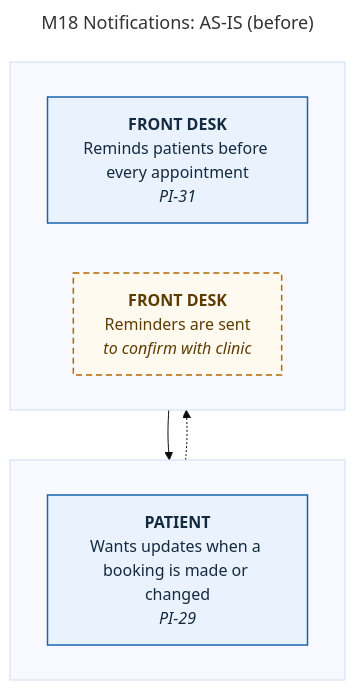
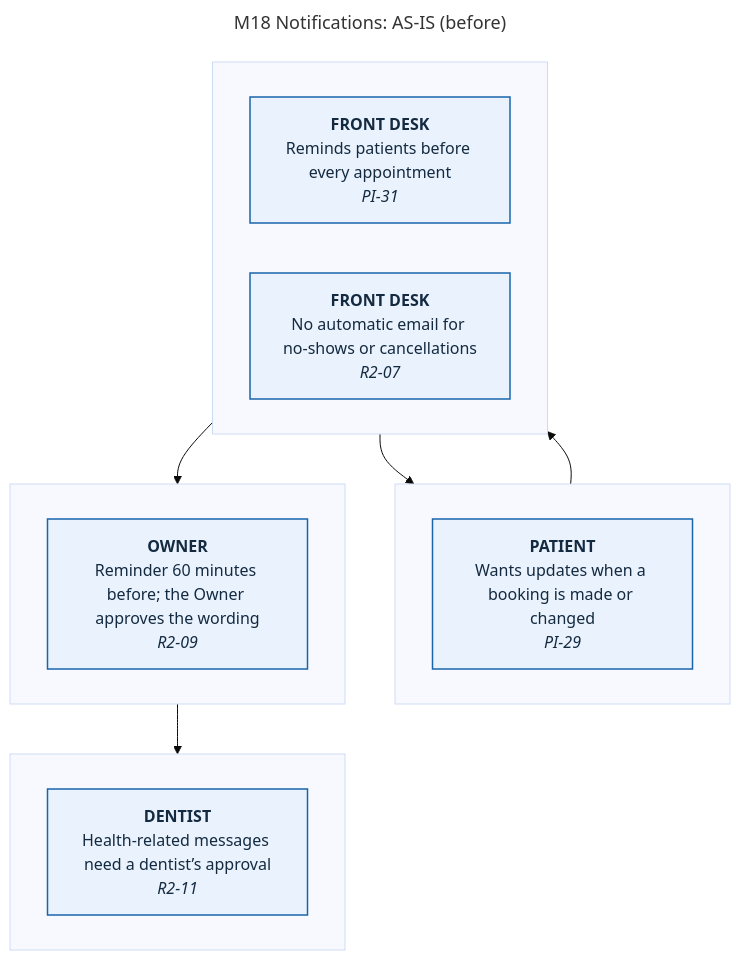
Before and after one commit to 0phem/multibranch-dental-clinic: the diagram in docs/defense/diagrams/M18-notifications-as-is.mmd, drawn with Mermaid (base theme). The commit also changed 111 other files, not shown here.

```diff
--- a/docs/defense/diagrams/M18-notifications-as-is.mmd
+++ b/docs/defense/diagrams/M18-notifications-as-is.mmd
@@ -1,21 +1,31 @@
 ---
 title: "M18 Notifications: AS-IS (before)"
 ---
 flowchart TB
     subgraph L0[" "]
     direction LR
       S1["<b>PATIENT</b><br/>Wants updates when a booking is made or changed<br/><i>PI-29</i>"]:::cited
     end
     subgraph L1[" "]
     direction LR
       S0["<b>FRONT DESK</b><br/>Reminds patients before every appointment<br/><i>PI-31</i>"]:::cited
-      S2["<b>FRONT DESK</b><br/>Reminders are sent<br/><i>to confirm with clinic</i>"]:::confirm
+      S2["<b>FRONT DESK</b><br/>No automatic email for no-shows or cancellations<br/><i>R2-07</i>"]:::cited
+    end
+    subgraph L2[" "]
+    direction LR
+      S4["<b>DENTIST</b><br/>Health-related messages need a dentist’s approval<br/><i>R2-11</i>"]:::cited
+    end
+    subgraph L3[" "]
+    direction LR
+      S3["<b>OWNER</b><br/>Reminder 60 minutes before; the Owner approves the wording<br/><i>R2-09</i>"]:::cited
     end
     S0 --> S1
-    S1 -.-> S2
+    S1 --> S2
+    S2 --> S3
+    S3 --> S4
     classDef cited fill:#eaf3fd,stroke:#1865ac,color:#142a40,stroke-width:1.5px
     classDef confirm fill:#fffaf0,stroke:#b26a00,color:#5e3c00,stroke-width:1.5px,stroke-dasharray:6 4
     classDef auto fill:#e6f5ee,stroke:#0c7f75,color:#0f3d33,stroke-width:1.5px
     classDef manual fill:#eaf3fd,stroke:#1865ac,color:#142a40,stroke-width:1.5px
     classDef mock fill:#f3f5f7,stroke:#5a6b7d,color:#3a4e63,stroke-width:1.5px,stroke-dasharray:3 3
     classDef planned fill:#ffffff,stroke:#5a6b7d,color:#3a4e63,stroke-width:1.5px,stroke-dasharray:6 4
```
